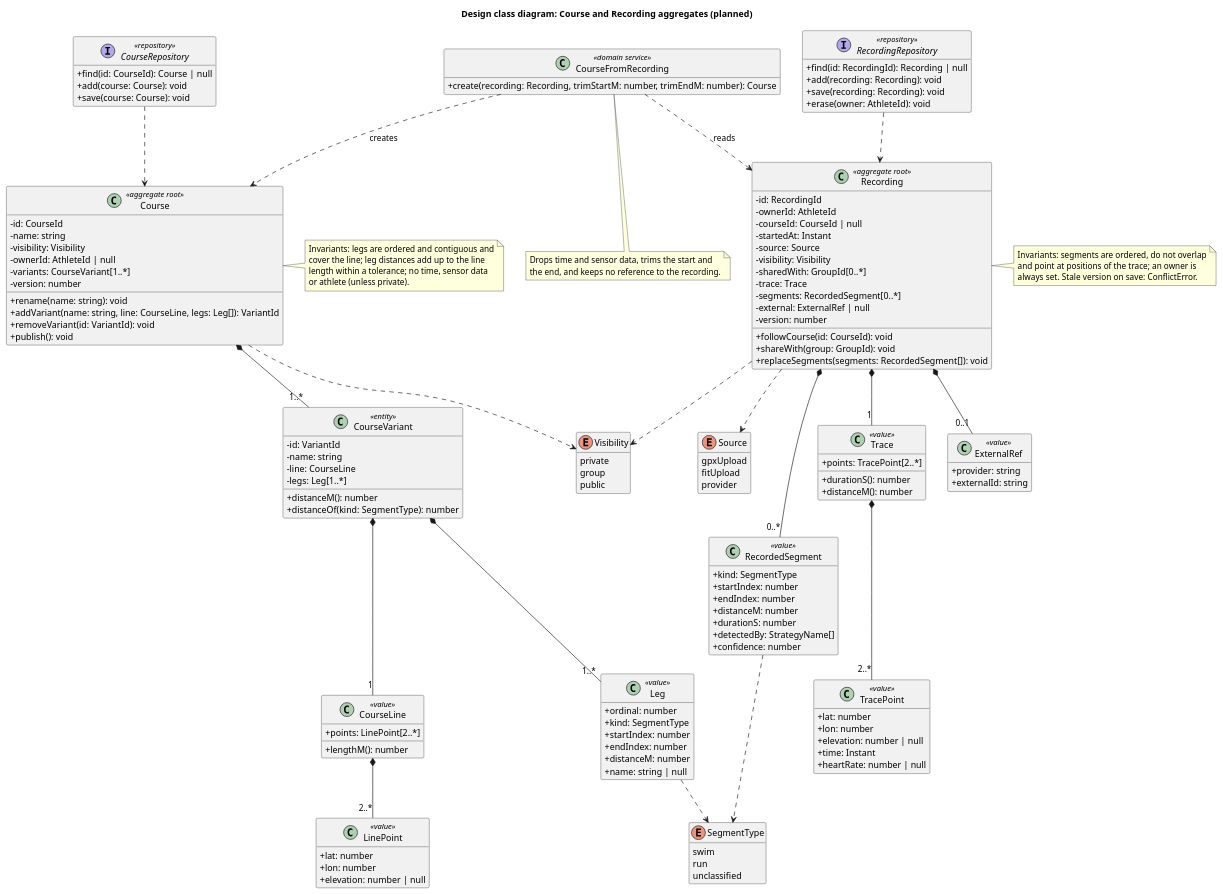
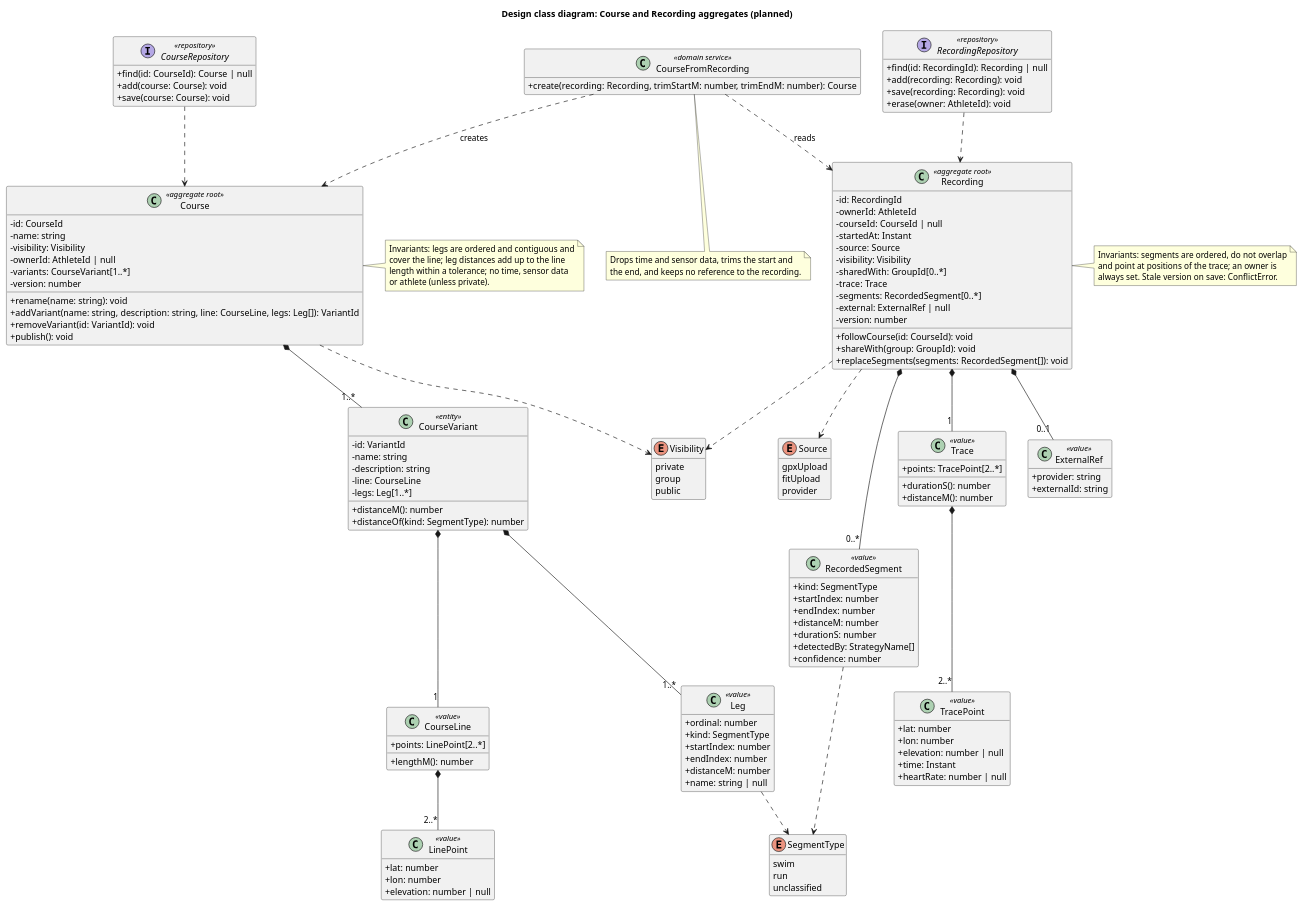
The fifth of 5 diagrams in docs/software-guidebook.md (swimrun/tigerlegs), drawn with PlantUML before and after one commit. The commit also changed other lines of this file and 8 other files, not shown here.

```diff
--- a/docs/software-guidebook.md
+++ b/docs/software-guidebook.md
@@ -733,13 +735,14 @@
   -variants: CourseVariant[1..*]
   -version: number
   +rename(name: string): void
-  +addVariant(name: string, line: CourseLine, legs: Leg[]): VariantId
+  +addVariant(name: string, description: string, line: CourseLine, legs: Leg[]): VariantId
   +removeVariant(id: VariantId): void
   +publish(): void
 }
 class CourseVariant <<entity>> {
   -id: VariantId
   -name: string
+  -description: string
   -line: CourseLine
   -legs: Leg[1..*]
   +distanceM(): number
```
